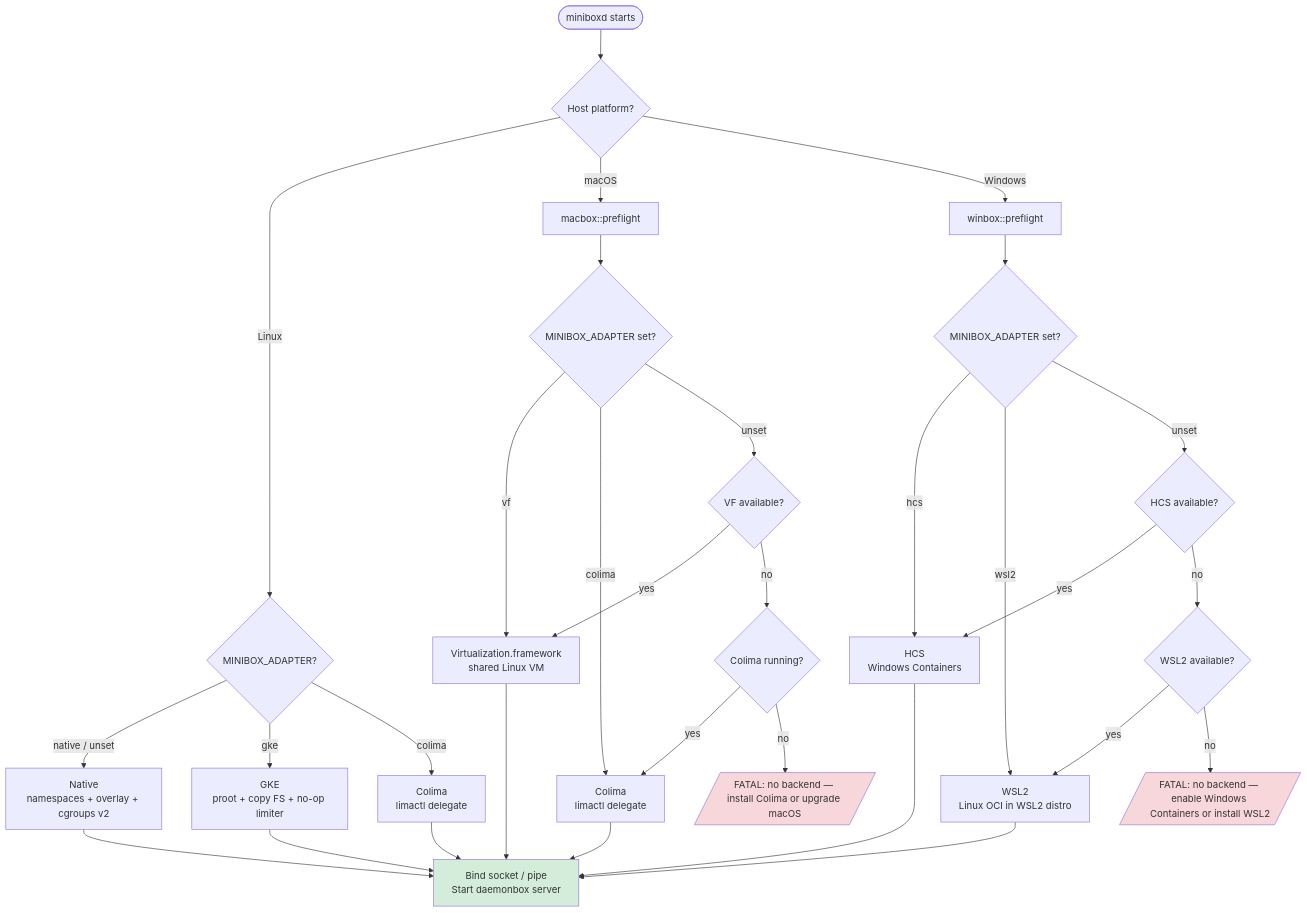
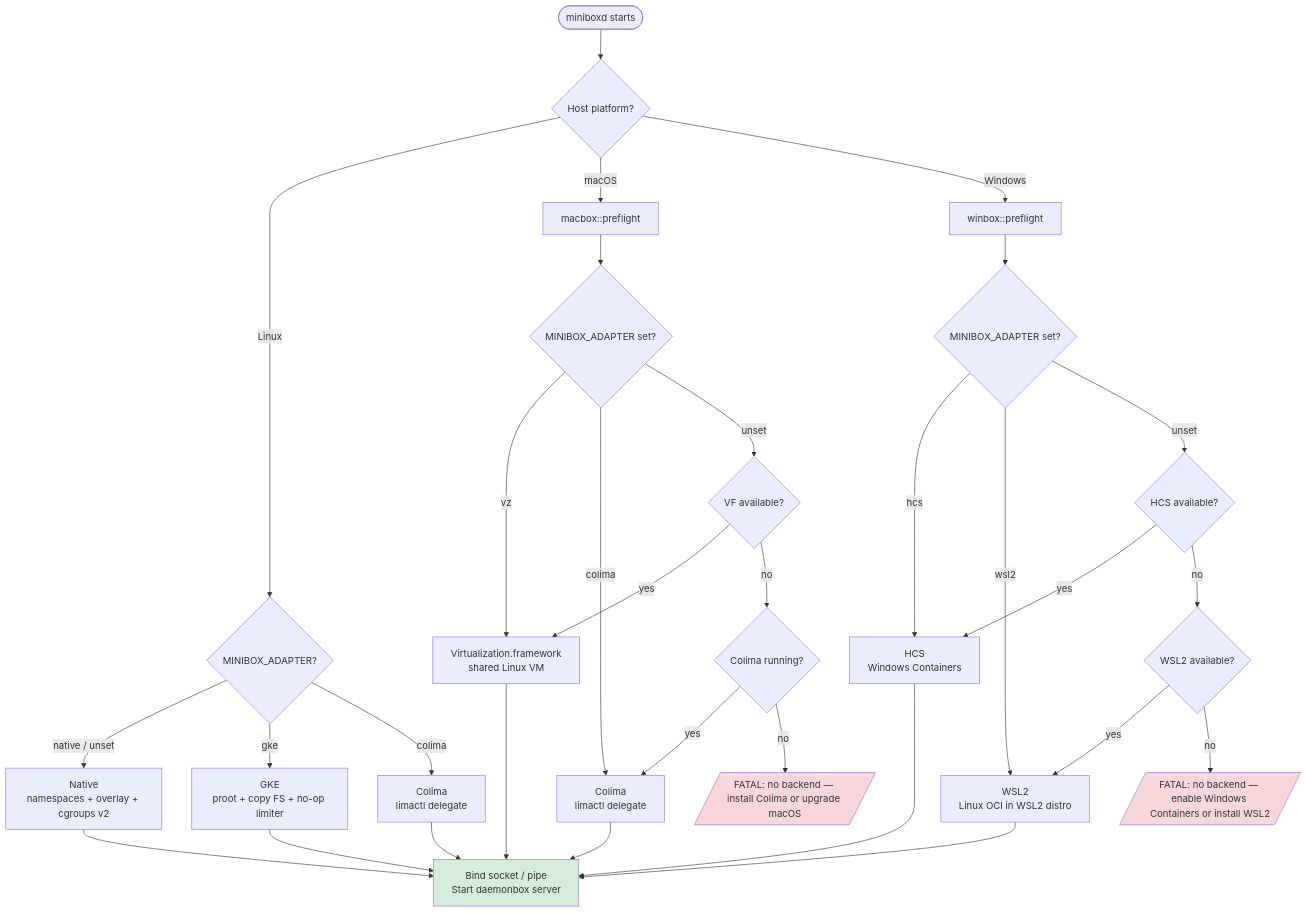
The diagram in docs/diagrams/platform-adapter-selection.md (89jobrien/minibox), drawn with Mermaid before and after one commit. The commit also changed other lines of this file and 11 other files, not shown here.

Commit message:
chore: fmt cleanup, diagrams updates, plan docs before merge to main

````diff
--- a/docs/diagrams/platform-adapter-selection.md
+++ b/docs/diagrams/platform-adapter-selection.md
@@ -41,42 +40,42 @@
 ```mermaid
 flowchart TD
     start([miniboxd starts]) --> detect{Host platform?}
 
     detect -->|Linux| linux_env{MINIBOX_ADAPTER?}
     detect -->|macOS| mac_pre[macbox::preflight]
     detect -->|Windows| win_pre[winbox::preflight]
 
     linux_env -->|native / unset| native["Native\nnamespaces + overlay + cgroups v2"]
     linux_env -->|gke| gke["GKE\nproot + copy FS + no-op limiter"]
     linux_env -->|colima| colima_linux["Colima\nlimactl delegate"]
 
     mac_pre --> mac_env{MINIBOX_ADAPTER set?}
-    mac_env -->|vf| vf["Virtualization.framework\nshared Linux VM"]
+    mac_env -->|vz| vf["Virtualization.framework\nshared Linux VM"]
     mac_env -->|colima| colima_mac["Colima\nlimactl delegate"]
     mac_env -->|unset| mac_probe{VF available?}
     mac_probe -->|yes| vf
     mac_probe -->|no| mac_col{Colima running?}
     mac_col -->|yes| colima_mac
     mac_col -->|no| mac_fail[/"FATAL: no backend — install Colima or upgrade macOS"/]
 
     win_pre --> win_env{MINIBOX_ADAPTER set?}
     win_env -->|hcs| hcs["HCS\nWindows Containers"]
     win_env -->|wsl2| wsl2["WSL2\nLinux OCI in WSL2 distro"]
     win_env -->|unset| win_probe{HCS available?}
     win_probe -->|yes| hcs
     win_probe -->|no| win_wsl{WSL2 available?}
     win_wsl -->|yes| wsl2
     win_wsl -->|no| win_fail[/"FATAL: no backend — enable Windows Containers or install WSL2"/]
 
     native --> bind[Bind socket / pipe\nStart daemonbox server]
     gke --> bind
     colima_linux --> bind
     vf --> bind
     colima_mac --> bind
     hcs --> bind
     wsl2 --> bind
 
     style mac_fail fill:#f8d7da
     style win_fail fill:#f8d7da
     style bind fill:#d4edda
 ```
````
